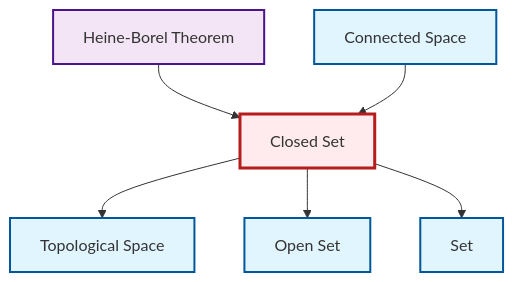
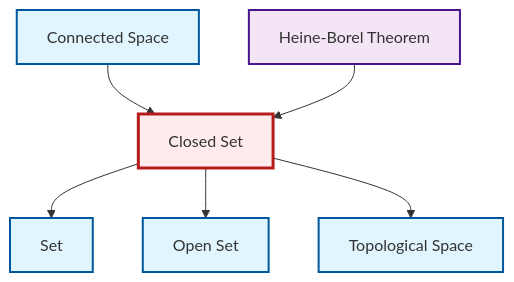
The diagram in output/mermaid/en/def-closed-set.mermaid (RK0429/ModernMath), drawn with Mermaid before and after one commit. The commit also changed other lines of this file and 3098 other files, not shown here.

```diff
--- a/output/mermaid/en/def-closed-set.mermaid
+++ b/output/mermaid/en/def-closed-set.mermaid
@@ -1,18 +1,18 @@
 graph TD
     classDef definition fill:#e1f5fe,stroke:#01579b,stroke-width:2px
     classDef theorem fill:#f3e5f5,stroke:#4a148c,stroke-width:2px
     classDef axiom fill:#fff3e0,stroke:#e65100,stroke-width:2px
     classDef example fill:#e8f5e9,stroke:#1b5e20,stroke-width:2px
     classDef current fill:#ffebee,stroke:#b71c1c,stroke-width:3px
+    def-set["Set"]:::definition
     thm-heine-borel["Heine-Borel Theorem"]:::theorem
+    def-open-set["Open Set"]:::definition
+    def-closed-set["Closed Set"]:::definition
     def-connected["Connected Space"]:::definition
-    def-set["Set"]:::definition
-    def-closed-set["Closed Set"]:::definition
-    def-open-set["Open Set"]:::definition
     def-topological-space["Topological Space"]:::definition
+    def-closed-set --> def-set
+    def-connected --> def-closed-set
+    def-closed-set --> def-open-set
+    thm-heine-borel --> def-closed-set
     def-closed-set --> def-topological-space
-    def-closed-set --> def-open-set
-    def-closed-set --> def-set
-    thm-heine-borel --> def-closed-set
-    def-connected --> def-closed-set
     class def-closed-set current
```
